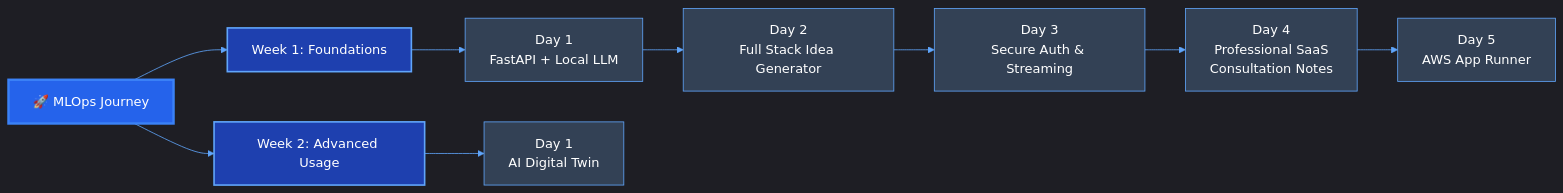
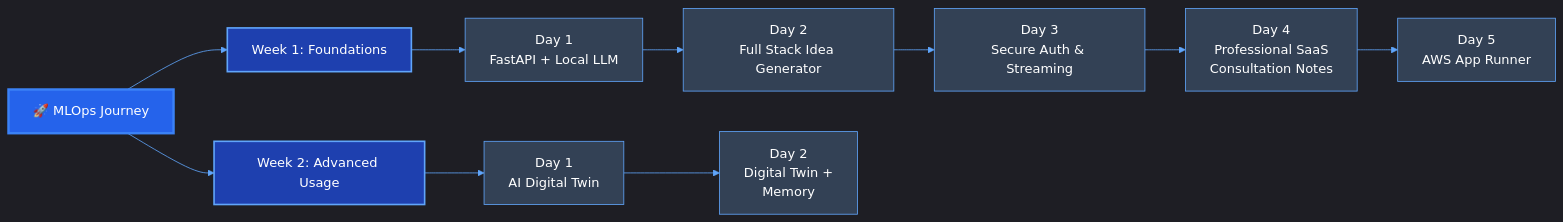
One commit to baloglu321/mlops-journey changed the first of 2 diagrams in README.md. Above: the diagram before and after it, drawn with Mermaid. The commit also changed other lines of this file and 7 other files, not shown here.

````diff
--- a/README.md
+++ b/README.md
@@ -13,22 +13,24 @@
 ```mermaid
 %%{init: {'theme': 'dark', 'themeVariables': { 'primaryColor': '#2563eb', 'primaryTextColor': '#fff', 'primaryBorderColor': '#3b82f6', 'lineColor': '#60a5fa', 'secondaryColor': '#1e40af', 'tertiaryColor': '#1e3a8a'}}}%%
 graph LR
     A[🚀 MLOps Journey] --> B[Week 1: Foundations]
     B --> C[Day 1<br/>FastAPI + Local LLM]
     C --> D[Day 2<br/>Full Stack Idea Generator]
     D --> E[Day 3<br/>Secure Auth & Streaming]
     E --> F[Day 4<br/>Professional SaaS<br/>Consultation Notes]
     F --> G[Day 5<br/>AWS App Runner]
     A --> H[Week 2: Advanced Usage]
     H --> I[Day 1<br/>AI Digital Twin]
+    I --> J[Day 2<br/>Digital Twin +<br/>Memory]
     
     style A fill:#2563eb,stroke:#3b82f6,stroke-width:3px,color:#fff
     style B fill:#1e40af,stroke:#60a5fa,stroke-width:2px,color:#fff
     style C fill:#334155,stroke:#60a5fa,color:#fff
     style D fill:#334155,stroke:#60a5fa,color:#fff
     style E fill:#334155,stroke:#60a5fa,color:#fff
     style F fill:#334155,stroke:#60a5fa,color:#fff
     style G fill:#334155,stroke:#60a5fa,color:#fff
     style H fill:#1e40af,stroke:#60a5fa,stroke-width:2px,color:#fff
     style I fill:#334155,stroke:#60a5fa,color:#fff
+    style J fill:#334155,stroke:#60a5fa,color:#fff
 ```
````
